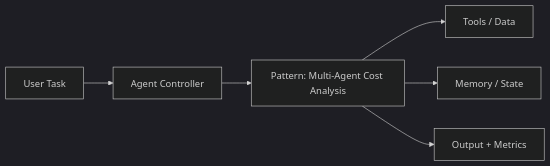
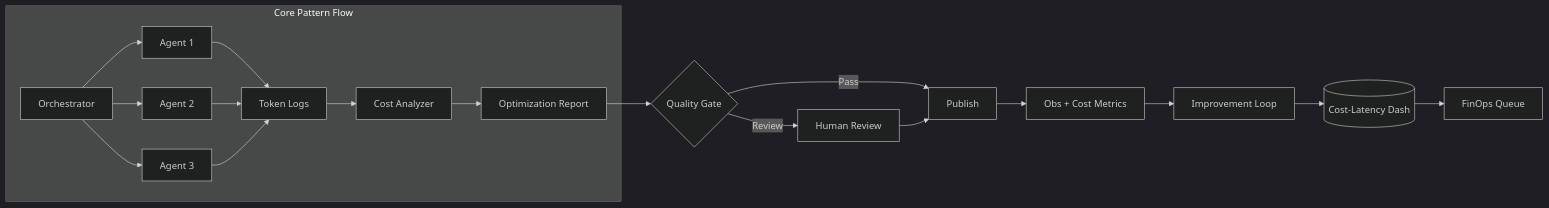
The diagram in notebooks/level_06_agent_operations_and_finops/34_multi_agent_cost_analysis_architecture.md (vivekreeves/agentic-design-patterns-lab), drawn with Mermaid (dark theme) before and after one commit. The commit also changed 71 other files, not shown here.

````diff
--- a/notebooks/level_06_agent_operations_and_finops/34_multi_agent_cost_analysis_architecture.md
+++ b/notebooks/level_06_agent_operations_and_finops/34_multi_agent_cost_analysis_architecture.md
@@ -5,8 +5,21 @@
 ```mermaid
 flowchart LR
-  Q[User Task] --> A[Agent Controller]
-  A --> P[Pattern: Multi-Agent Cost Analysis]
-  P --> T[Tools / Data]
-  P --> M[Memory / State]
-  P --> O[Output + Metrics]
+  subgraph CoreFlow[Core Pattern Flow]
+    OR[Orchestrator] --> A1[Agent 1]
+    OR --> A2[Agent 2]
+    OR --> A3[Agent 3]
+    A1 --> TL[Token Logs]
+    A2 --> TL
+    A3 --> TL
+    TL --> CA[Cost Analyzer]
+    CA --> RP[Optimization Report]
+  end
+  RP --> QG{Quality Gate}
+  QG -->|Pass| PUB[Publish]
+  QG -->|Review| HREV[Human Review]
+  HREV --> PUB
+  PUB --> OBS[Obs + Cost Metrics]
+  OBS --> LOOP[Improvement Loop]
+  LOOP --> CDB[(Cost-Latency Dash)]
+  CDB --> ACT[FinOps Queue]
 ```
````
